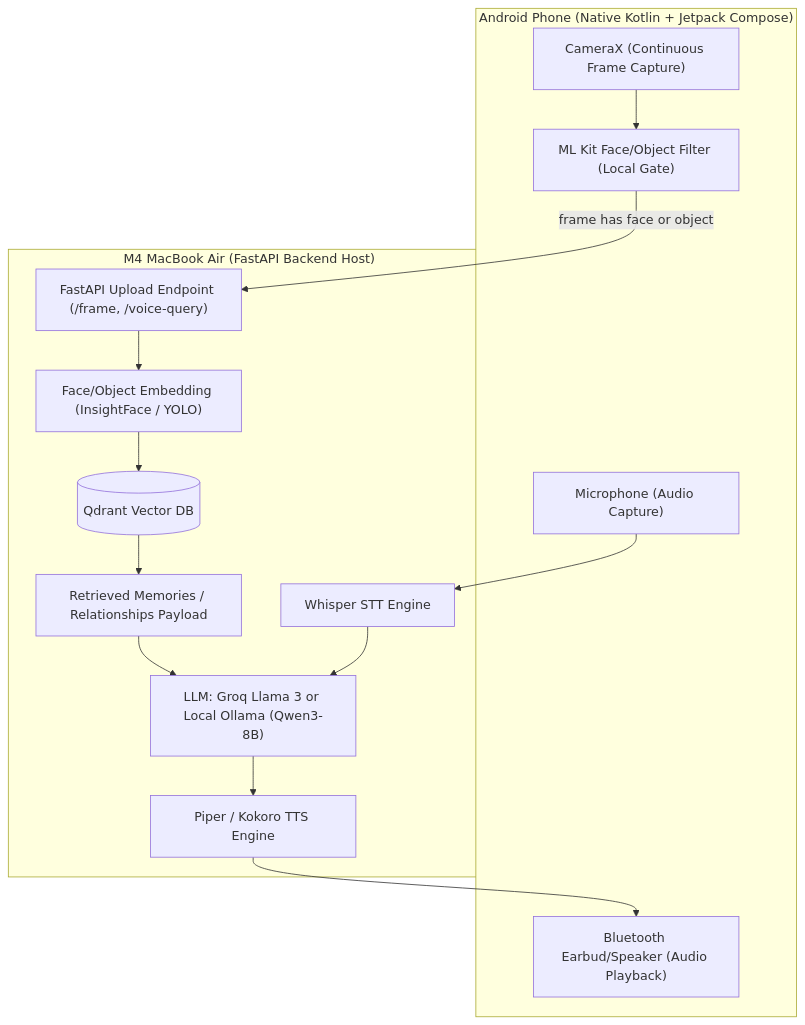
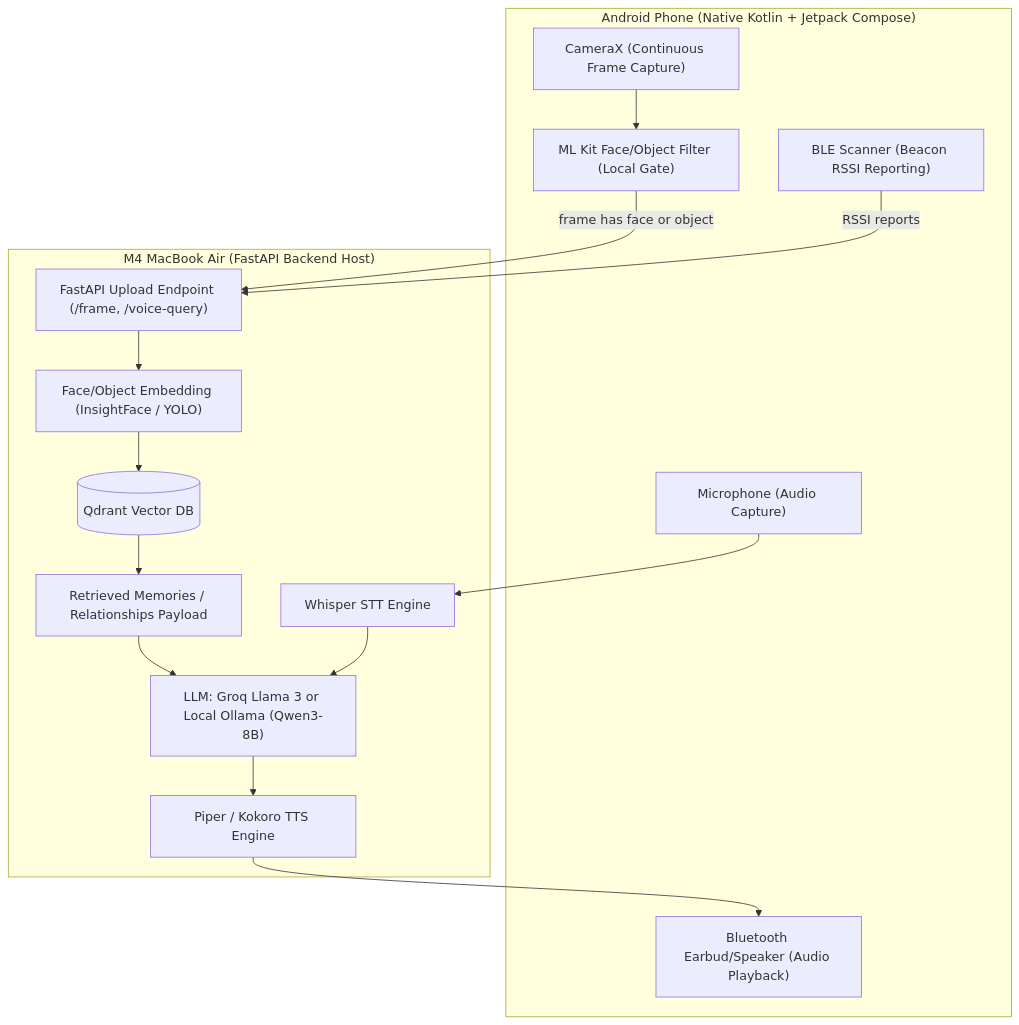
Before and after one commit to Farhan8012/NeuroTwin-: the diagram in NeuroTwin/02 - Architecture Overview.md, drawn with Mermaid. The commit also changed 10 other files, not shown here.

First line of the commit message:
feat: BLE scanner service, OpenAPI docs, Docker deployment

````diff
--- a/NeuroTwin/02 - Architecture Overview.md
+++ b/NeuroTwin/02 - Architecture Overview.md
@@ -37,30 +37,32 @@
 ```mermaid
 flowchart TD
     subgraph Mobile["Android Phone (Native Kotlin + Jetpack Compose)"]
         CameraX["CameraX (Continuous Frame Capture)"]
         Filter["ML Kit Face/Object Filter (Local Gate)"]
         Mic["Microphone (Audio Capture)"]
         Speaker["Bluetooth Earbud/Speaker (Audio Playback)"]
+        BLE["BLE Scanner (Beacon RSSI Reporting)"]
     end
 
     subgraph Backend["M4 MacBook Air (FastAPI Backend Host)"]
         Upload["FastAPI Upload Endpoint (/frame, /voice-query)"]
         Embed["Face/Object Embedding (InsightFace / YOLO)"]
         Qdrant[("Qdrant Vector DB")]
         Context["Retrieved Memories / Relationships Payload"]
         STT["Whisper STT Engine"]
         LLM["LLM: Groq Llama 3 or Local Ollama (Qwen3-8B)"]
         TTS["Piper / Kokoro TTS Engine"]
     end
 
     CameraX --> Filter
     Filter -- "frame has face or object" --> Upload
     Upload --> Embed
     Embed --> Qdrant
     Qdrant --> Context
     Mic --> STT
     STT --> LLM
     Context --> LLM
     LLM --> TTS
     TTS --> Speaker
+    BLE -->|"RSSI reports"| Upload
 ```
````
